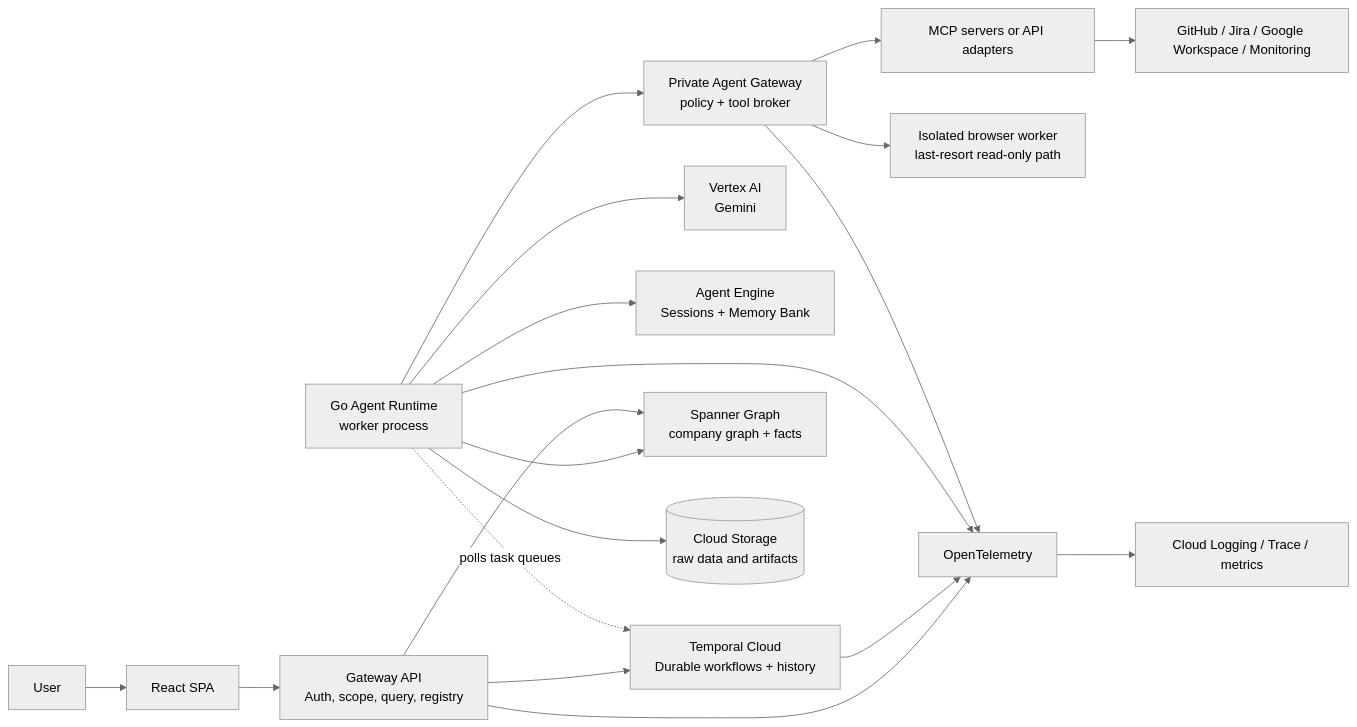
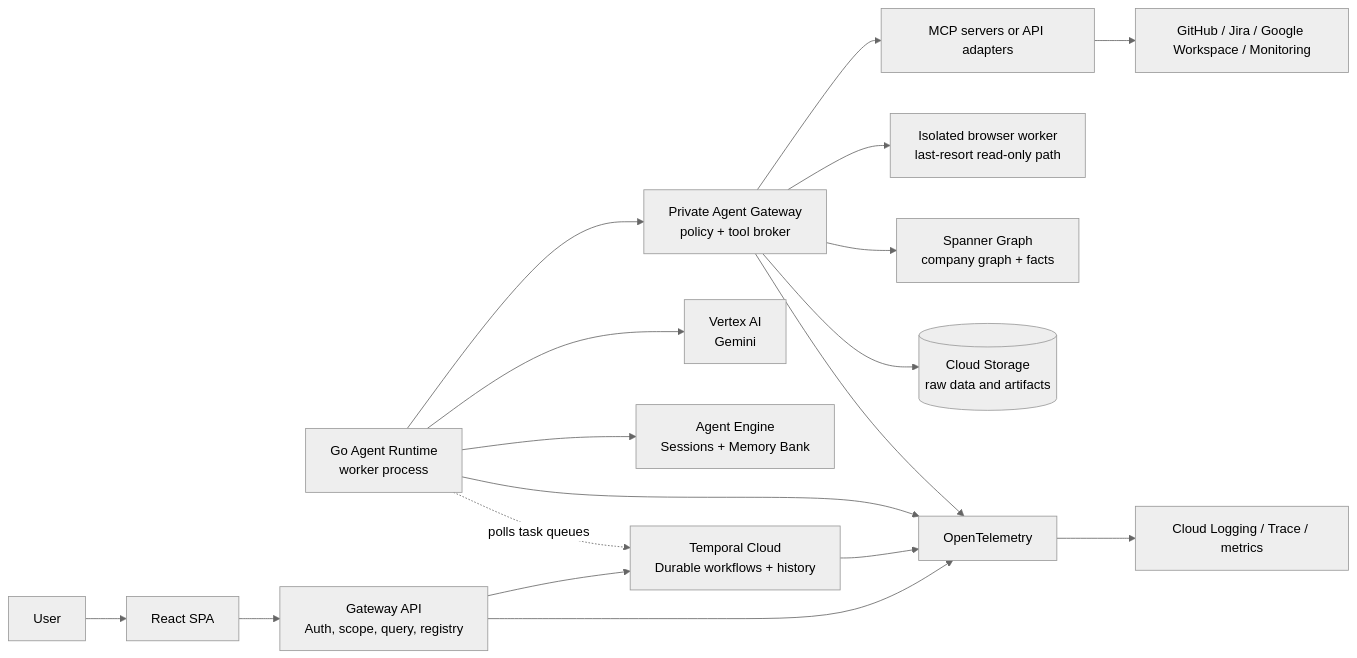
Before and after one commit to andriishupta/encois: the first of 2 diagrams in docs/architecture.md, drawn with Mermaid (neutral theme). The commit also changed other lines of this file and 73 other files, not shown here.

````diff
--- a/docs/architecture.md
+++ b/docs/architecture.md
@@ -63,25 +63,24 @@
 ```mermaid
 flowchart LR
     User[User] --> Web[React SPA]
     Web --> API[Gateway API\nAuth, scope, query, registry]
 
     API --> Temporal[Temporal Cloud\nDurable workflows + history]
     Runtime[Go Agent Runtime\nworker process] -. polls task queues .-> Temporal
 
     Runtime --> Gemini[Vertex AI\nGemini]
     Runtime --> Memory[Agent Engine\nSessions + Memory Bank]
     Runtime --> ToolGateway[Private Agent Gateway\npolicy + tool broker]
     ToolGateway --> MCP[MCP servers or API adapters]
     MCP --> Sources[GitHub / Jira / Google Workspace / Monitoring]
     ToolGateway --> Browser[Isolated browser worker\nlast-resort read-only path]
 
-    Runtime --> Graph[Spanner Graph\ncompany graph + facts]
-    Runtime --> Files[(Cloud Storage\nraw data and artifacts)]
-    API --> Graph
+    ToolGateway --> Graph[Spanner Graph\ncompany graph + facts]
+    ToolGateway --> Files[(Cloud Storage\nraw data and artifacts)]
 
     API --> Telemetry[OpenTelemetry]
     Temporal --> Telemetry
     Runtime --> Telemetry
     ToolGateway --> Telemetry
     Telemetry --> Ops[Cloud Logging / Trace / metrics]
 ```
````
